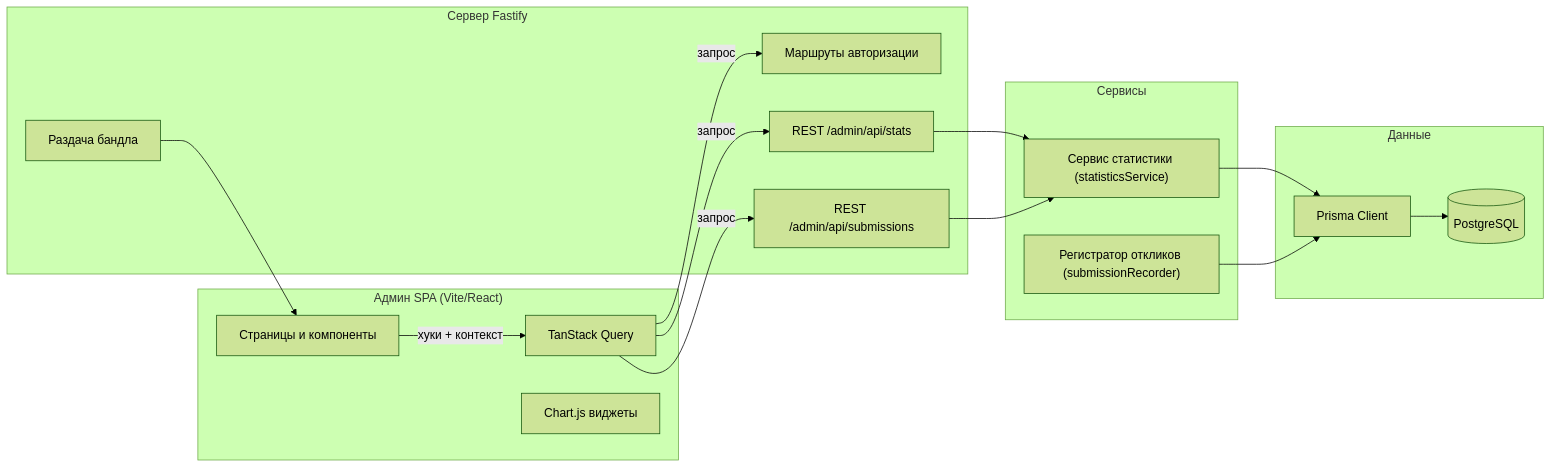
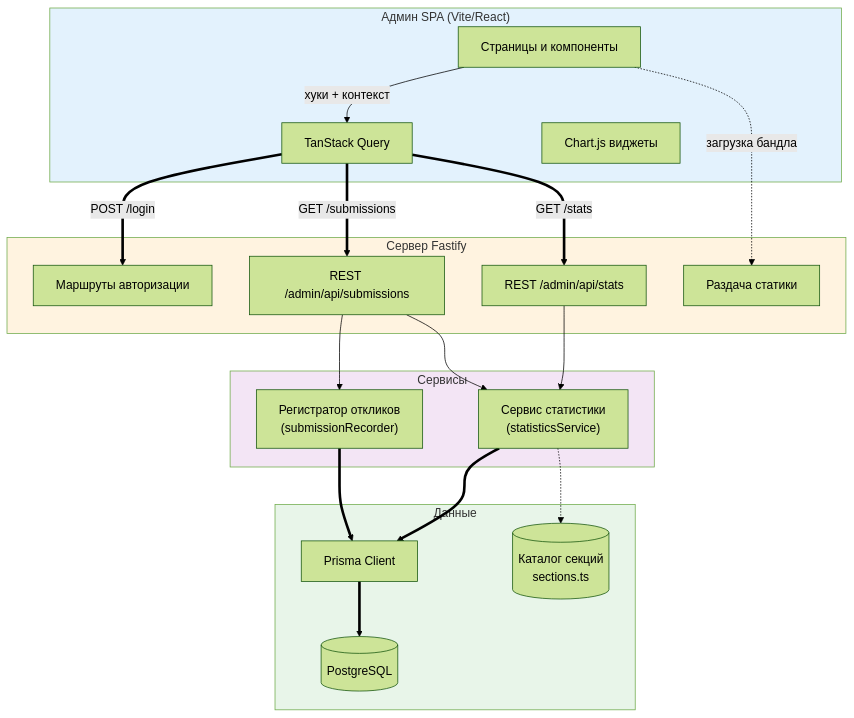
One commit to kotru21/bsuir changed the first of 7 diagrams in README.md. Above: the diagram before and after it, drawn with Mermaid (forest theme). The commit also changed other lines of this file, not shown here.

First line of the commit message:
Revise and expand README with updated diagrams and setup

````diff
--- a/README.md
+++ b/README.md
@@ -71,36 +46,47 @@
 ```mermaid
-flowchart LR
+flowchart TB
    subgraph Browser["Админ SPA (Vite/React)"]
       UI["Страницы и компоненты"]
       Query["TanStack Query"]
       Charts["Chart.js виджеты"]
    end
 
    subgraph Fastify["Сервер Fastify"]
       Auth["Маршруты авторизации"]
       Stats["REST /admin/api/stats"]
       Subs["REST /admin/api/submissions"]
-      StaticServ["Раздача бандла"]
+      StaticServ["Раздача статики"]
    end
 
    subgraph Services["Сервисы"]
-      StatSvc["Сервис статистики (statisticsService)"]
-      SubRec["Регистратор откликов (submissionRecorder)"]
+      StatSvc["Сервис статистики<br/>(statisticsService)"]
+      SubRec["Регистратор откликов<br/>(submissionRecorder)"]
    end
 
    subgraph DataLayer["Данные"]
       Prisma["Prisma Client"]
       PG[(PostgreSQL)]
+      Catalog[("Каталог секций<br/>sections.ts")]
    end
 
    UI -->|хуки + контекст| Query
-   Query -->|запрос| Auth
-   Query -->|запрос| Stats
-   Query -->|запрос| Subs
-   StaticServ --> UI
+   Query ==>|POST /login| Auth
+   Query ==>|GET /stats| Stats
+   Query ==>|GET /submissions| Subs
+   UI -.->|загрузка бандла| StaticServ
+
    Stats --> StatSvc
    Subs --> StatSvc
-   StatSvc --> Prisma
-   SubRec --> Prisma
-   Prisma --> PG
+   Subs --> SubRec
+
+   StatSvc ==> Prisma
+   SubRec ==> Prisma
+   StatSvc -.-> Catalog
+
+   Prisma ==> PG
+
+   style Browser fill:#e3f2fd
+   style Fastify fill:#fff3e0
+   style Services fill:#f3e5f5
+   style DataLayer fill:#e8f5e9
 ```
````
